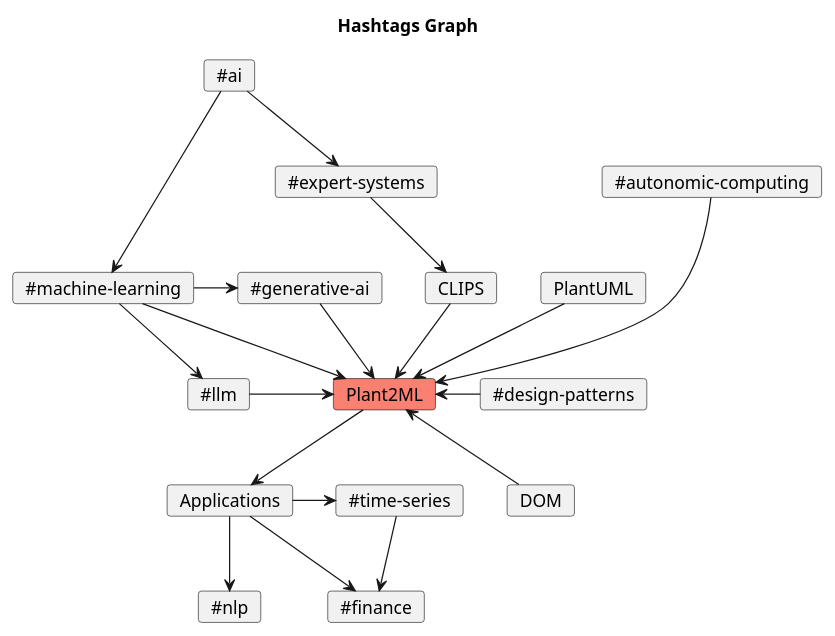
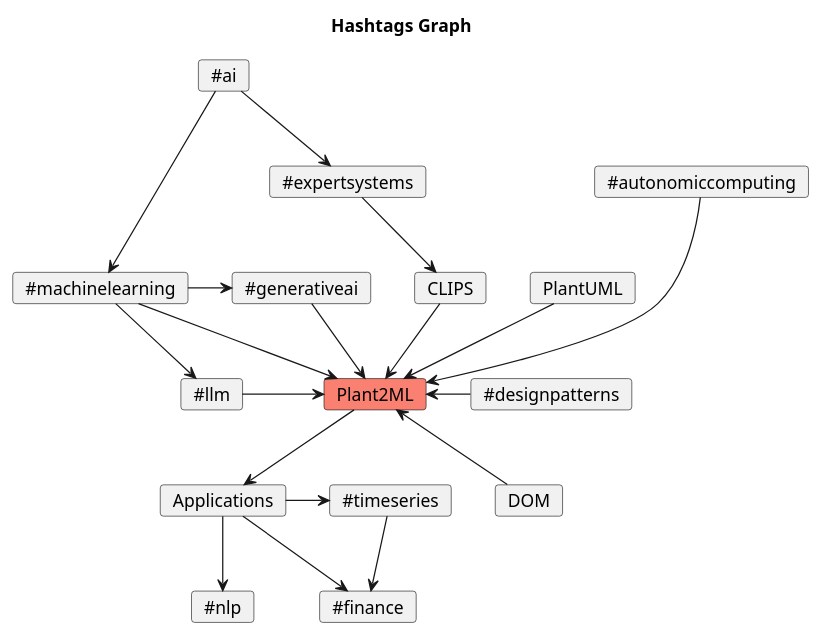
The diagram in diagrams/hashtags.puml (mirceat/Plant2ML-Weekly), drawn with PlantUML before and after one commit. The commit also changed 2 other files, not shown here.

```diff
--- a/diagrams/hashtags.puml
+++ b/diagrams/hashtags.puml
@@ -1,40 +1,40 @@
 @startuml
 
 title Hashtags Graph
 
 card Plant2ML #salmon
 card PlantUML
-card "~#machine-learning" as ML
+card "~#machinelearning" as ML
 card "~#llm" as LLM
 card "~#ai" as AI
-card "~#expert-systems" as ES
+card "~#expertsystems" as ES
 card CLIPS
-card "~#generative-ai" as GenerativeAI
+card "~#generativeai" as GenerativeAI
 card Applications
-card "~#time-series" as Timeseries
+card "~#timeseries" as Timeseries
 card "~#nlp" as nlp
 card "~#finance" as Finance
-card "~#design-patterns" as DesignPatterns
-card "~#autonomic-computing" as Autonomic
+card "~#designpatterns" as DesignPatterns
+card "~#autonomiccomputing" as Autonomic
 card DOM
 
 PlantUML --> Plant2ML
 ML --> Plant2ML
 ML --> LLM
 AI -> ML
 AI --> ES
 ES --> CLIPS
 ML -> GenerativeAI
 GenerativeAI --> Plant2ML
 Applications -> Timeseries
 Timeseries --> Finance
 Applications --> nlp
 Plant2ML --> Applications
 Plant2ML <- DesignPatterns
 LLM -> Plant2ML
 CLIPS --> Plant2ML
 Autonomic ---> Plant2ML
 Plant2ML <-- DOM
 Applications --> Finance
 
 @enduml
```
